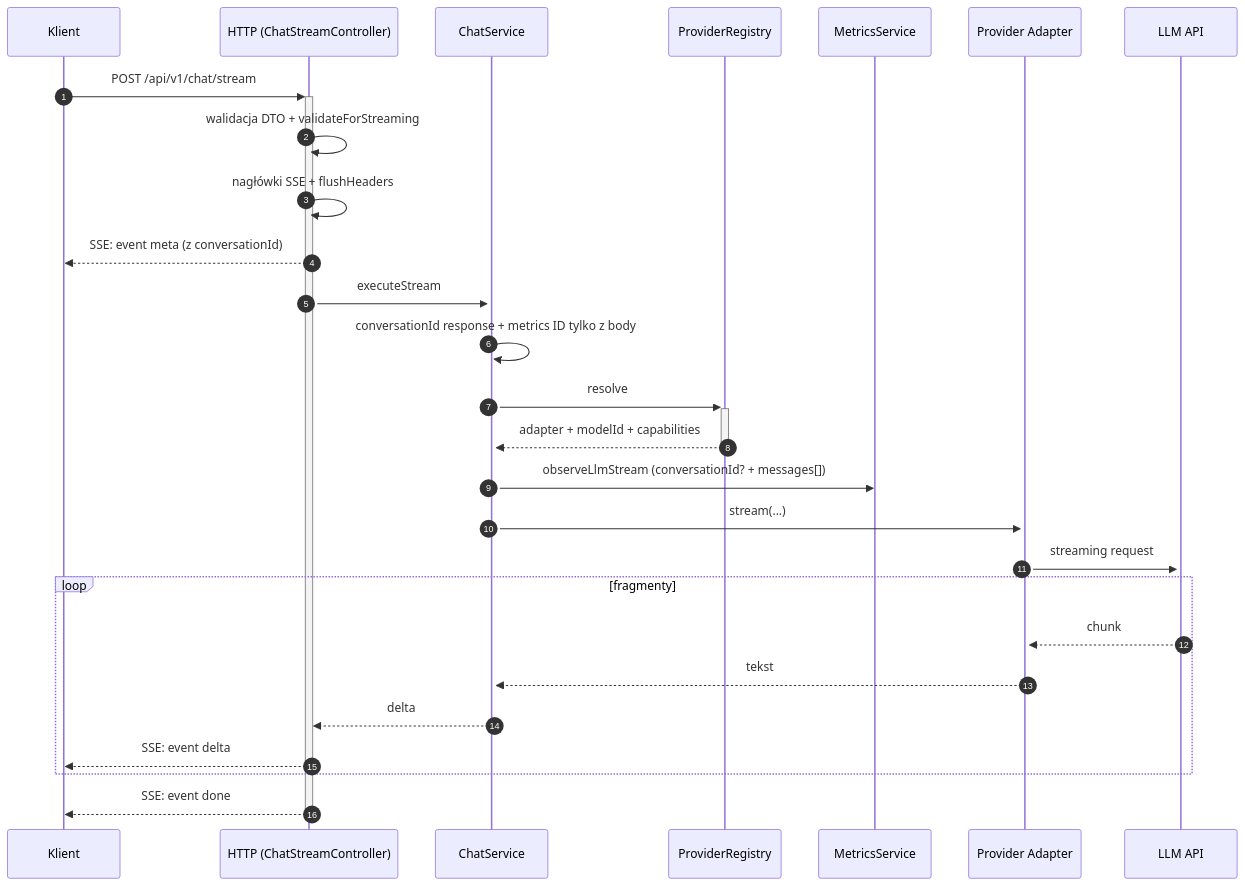
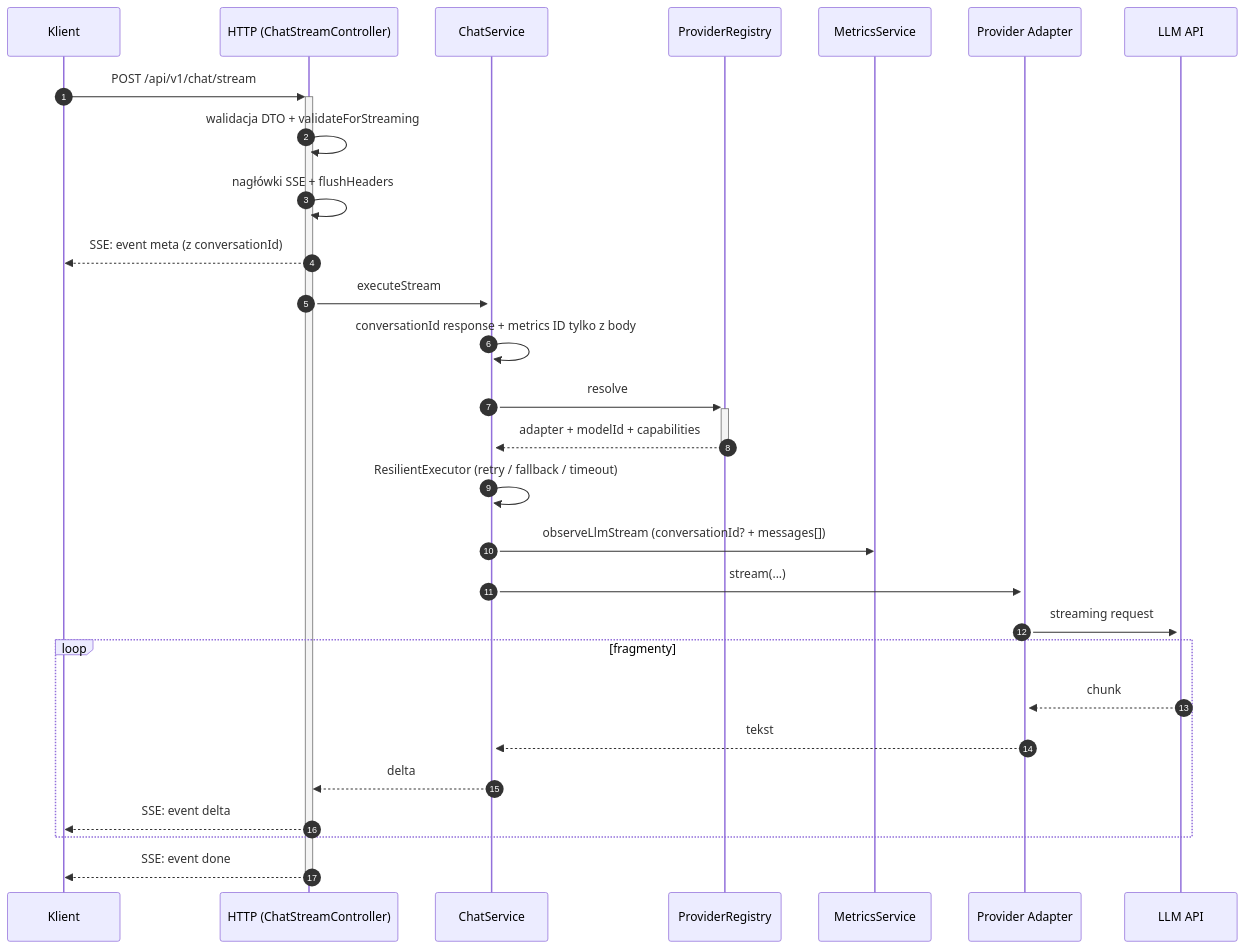
Before and after one commit to matej2314/ai-provider-gateway: the fourth of 4 diagrams in docs/data_flow.md, drawn with Mermaid. The commit also changed other lines of this file and 27 other files, not shown here.

Commit message:
Implement retry + fallback mechanism. Update project docs files

````diff
--- a/docs/data_flow.md
+++ b/docs/data_flow.md
@@ -120,30 +122,31 @@
 ```mermaid
 sequenceDiagram
   autonumber
   participant K as Klient
   participant H as HTTP (ChatStreamController)
   participant S as ChatService
   participant R as ProviderRegistry
   participant M as MetricsService
   participant P as Provider Adapter
   participant A as LLM API
 
   K->>+H: POST /api/v1/chat/stream
   H->>H: walidacja DTO + validateForStreaming
   H->>H: nagłówki SSE + flushHeaders
   H-->>K: SSE: event meta (z conversationId)
   H->>+S: executeStream
   S->>S: conversationId response + metrics ID tylko z body
   S->>+R: resolve
   R-->>-S: adapter + modelId + capabilities
+  S->>S: ResilientExecutor (retry / fallback / timeout)
   S->>M: observeLlmStream (conversationId? + messages[])
   S->>+P: stream(...)
   P->>+A: streaming request
   loop fragmenty
     A-->>P: chunk
     P-->>S: tekst
     S-->>H: delta
     H-->>K: SSE: event delta
   end
   H-->>-K: SSE: event done
 ```
````
